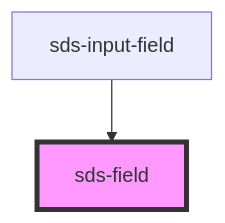
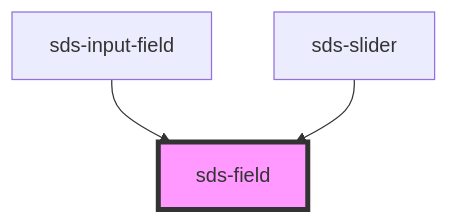
Before and after one commit to chodgesfigma/sds-mono: the diagram in sds-web-components/src/ui/primitives/fieldset/sds-field/readme.md, drawn with Mermaid. The commit also changed other lines of this file and 9 other files, not shown here.

````diff
--- a/sds-web-components/src/ui/primitives/fieldset/sds-field/readme.md
+++ b/sds-web-components/src/ui/primitives/fieldset/sds-field/readme.md
@@ -23,5 +24,6 @@
 ```mermaid
 graph TD;
   sds-input-field --> sds-field
+  sds-slider --> sds-field
   style sds-field fill:#f9f,stroke:#333,stroke-width:4px
 ```
````
